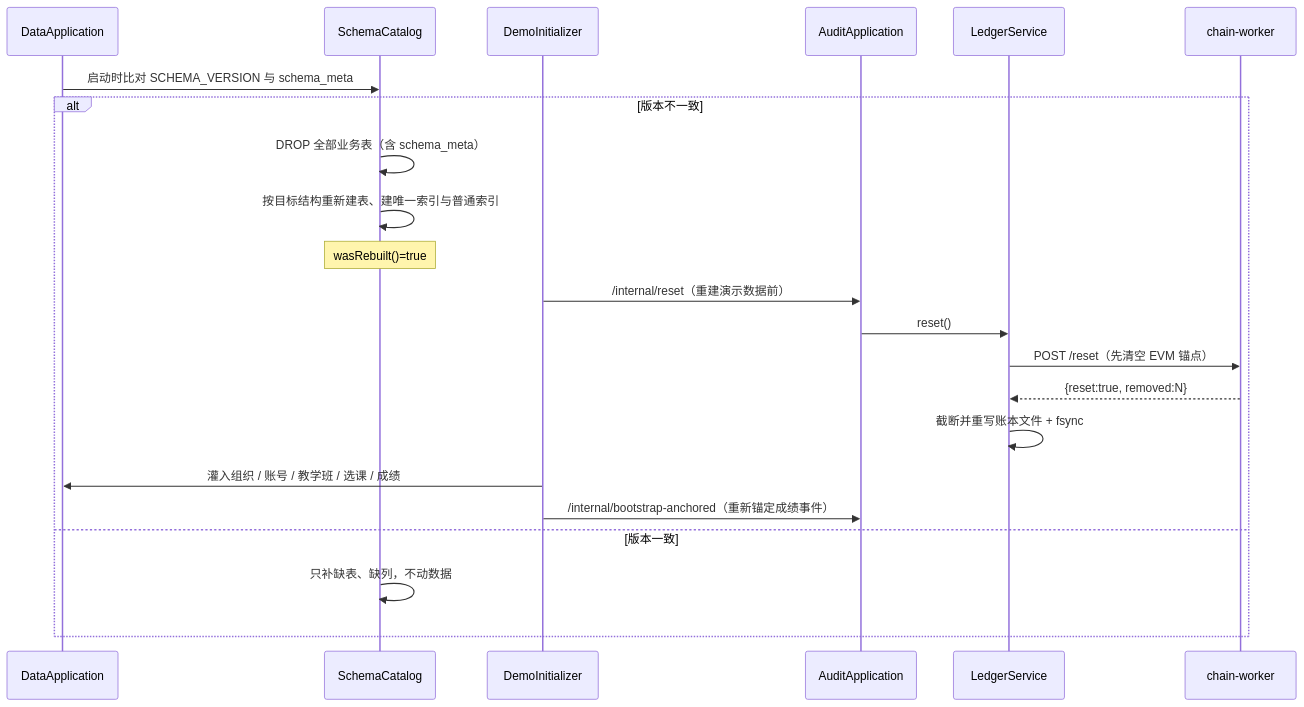
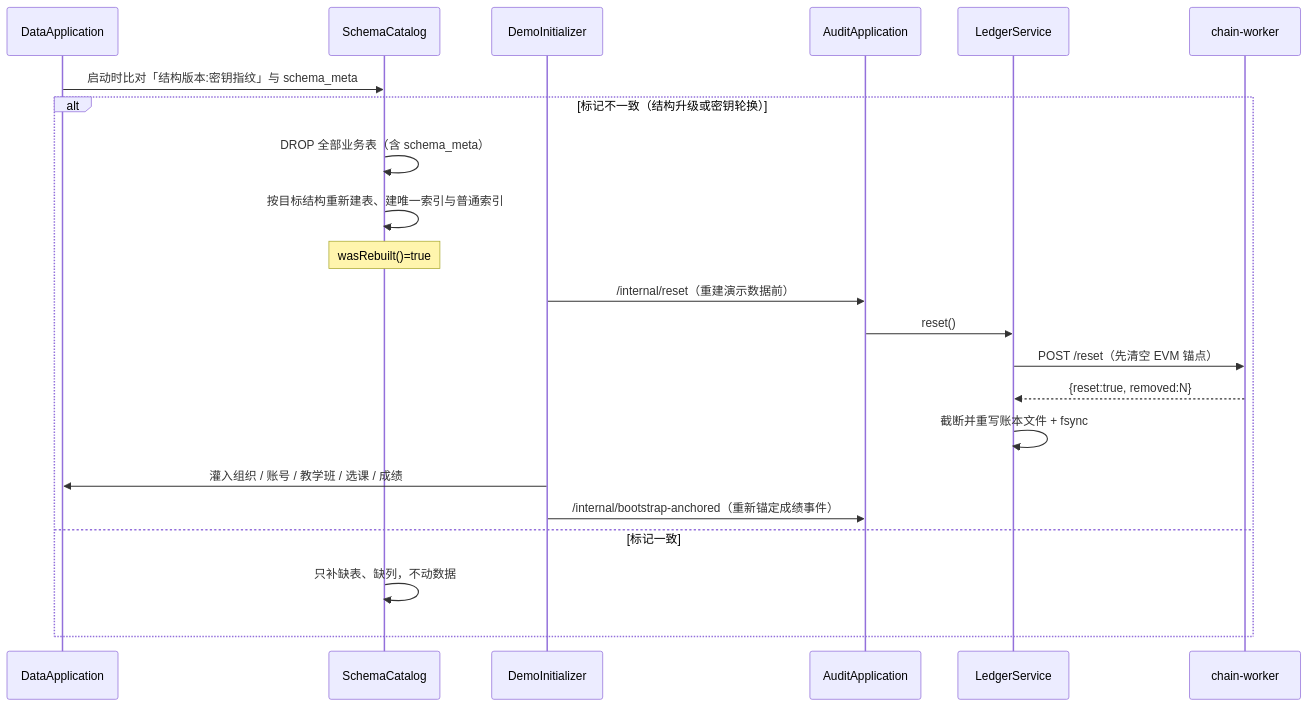
Before and after one commit to AlexLiong/grade-management-system: the third of 4 diagrams in docs/architecture.md, drawn with Mermaid. The commit also changed other lines of this file and 17 other files, not shown here.

````diff
--- a/docs/architecture.md
+++ b/docs/architecture.md
@@ -87,24 +144,24 @@
 ```mermaid
 sequenceDiagram
   participant Data as DataApplication
   participant Cat as SchemaCatalog
   participant Demo as DemoInitializer
   participant Audit as AuditApplication
   participant Ledger as LedgerService
   participant Chain as chain-worker
-  Data->>Cat: 启动时比对 SCHEMA_VERSION 与 schema_meta
-  alt 版本不一致
+  Data->>Cat: 启动时比对「结构版本:密钥指纹」与 schema_meta
+  alt 标记不一致（结构升级或密钥轮换）
     Cat->>Cat: DROP 全部业务表（含 schema_meta）
     Cat->>Cat: 按目标结构重新建表、建唯一索引与普通索引
     Note over Cat: wasRebuilt()=true
     Demo->>Audit: /internal/reset（重建演示数据前）
     Audit->>Ledger: reset()
     Ledger->>Chain: POST /reset（先清空 EVM 锚点）
     Chain-->>Ledger: {reset:true, removed:N}
     Ledger->>Ledger: 截断并重写账本文件 + fsync
     Demo->>Data: 灌入组织 / 账号 / 教学班 / 选课 / 成绩
     Demo->>Audit: /internal/bootstrap-anchored（重新锚定成绩事件）
-  else 版本一致
+  else 标记一致
     Cat->>Cat: 只补缺表、缺列，不动数据
   end
 ```
````
